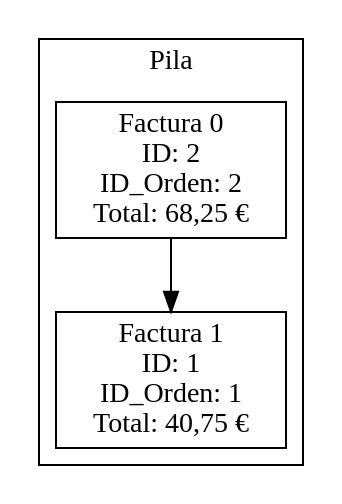
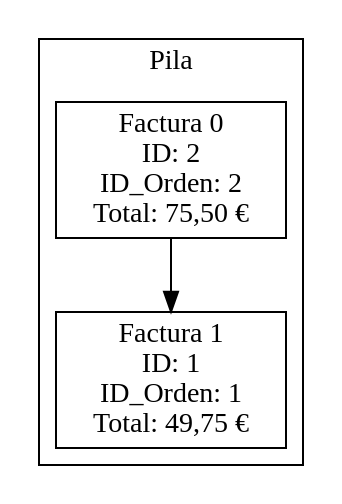
Before and after one commit to Farot30/-EDD-1S2025_202307820: the diagram in Fase#1/Graficas/Pila.dot, drawn with Graphviz. The commit also changed 18 other files, not shown here.

```diff
--- a/Fase#1/Graficas/Pila.dot
+++ b/Fase#1/Graficas/Pila.dot
@@ -1,10 +1,10 @@
 digraph G {
     node [shape=record];
     rankdir=TB;
     subgraph cluster_0 {
         label = "Pila";
-    node0 [label = "{Factura 0\nID: 2\nID_Orden: 2\nTotal: 68,25 €}"];
-    node1 [label = "{Factura 1\nID: 1\nID_Orden: 1\nTotal: 40,75 €}"];
+    node0 [label = "{Factura 0\nID: 2\nID_Orden: 2\nTotal: 75,50 €}"];
+    node1 [label = "{Factura 1\nID: 1\nID_Orden: 1\nTotal: 49,75 €}"];
     node0 -> node1;
     }
 }
```
